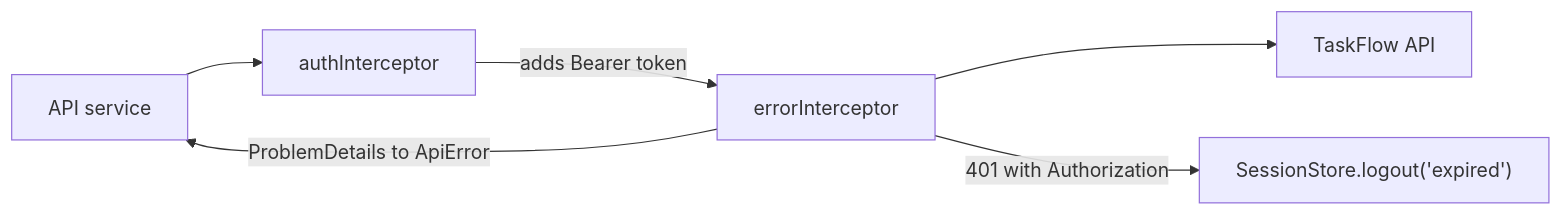
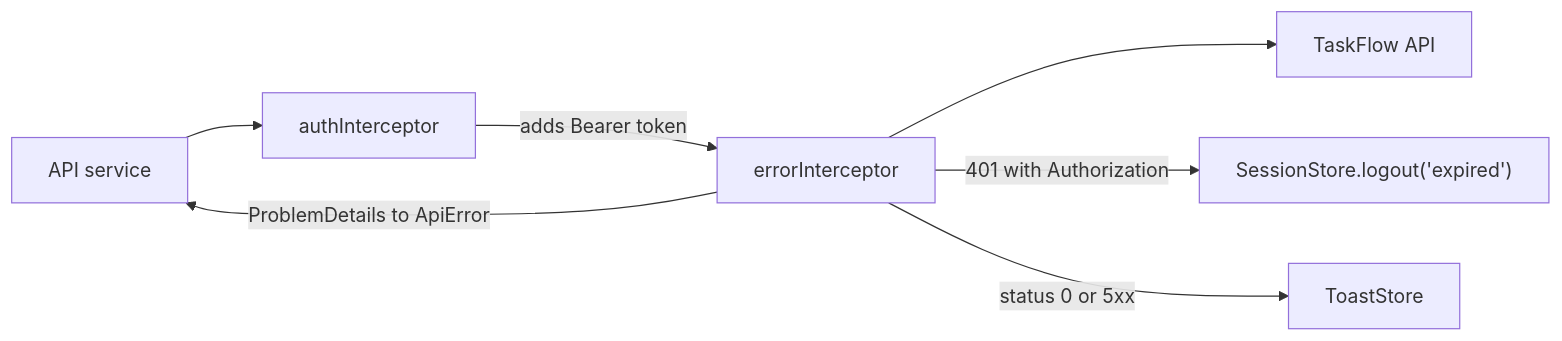
The sixth of 7 diagrams in docs/ARCHITECTURE.md (BrunoGomes99/task-flow-web), drawn with Mermaid before and after one commit. The commit also changed other lines of this file and 14 other files, not shown here.

First line of the commit message:
feat(notifications): add toast store, outlet and welcome toast

````diff
--- a/docs/ARCHITECTURE.md
+++ b/docs/ARCHITECTURE.md
@@ -162,8 +162,9 @@
 ```mermaid
 flowchart LR
   Service[API service] --> AuthInt[authInterceptor]
   AuthInt -->|"adds Bearer token"| ErrInt[errorInterceptor]
   ErrInt --> Backend[TaskFlow API]
   ErrInt -->|"ProblemDetails to ApiError"| Service
   ErrInt -->|"401 with Authorization"| Session["SessionStore.logout('expired')"]
+  ErrInt -->|"status 0 or 5xx"| Toasts[ToastStore]
 ```
````
